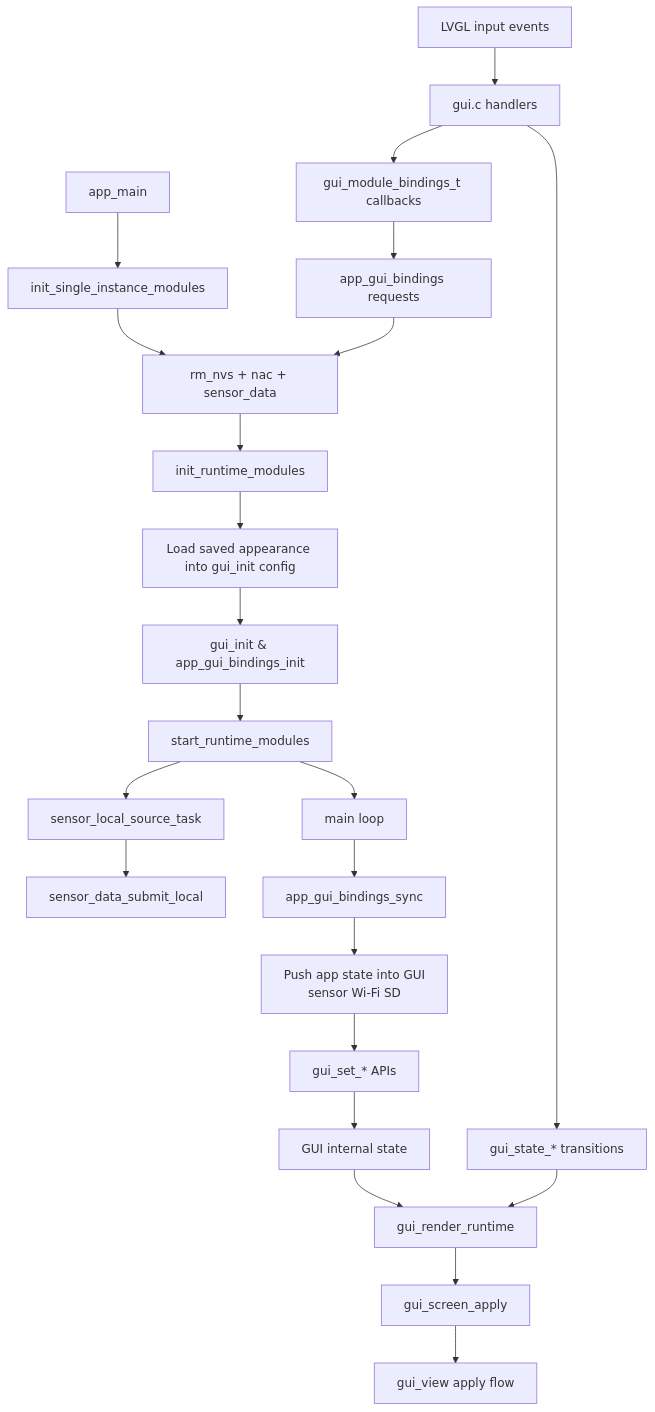
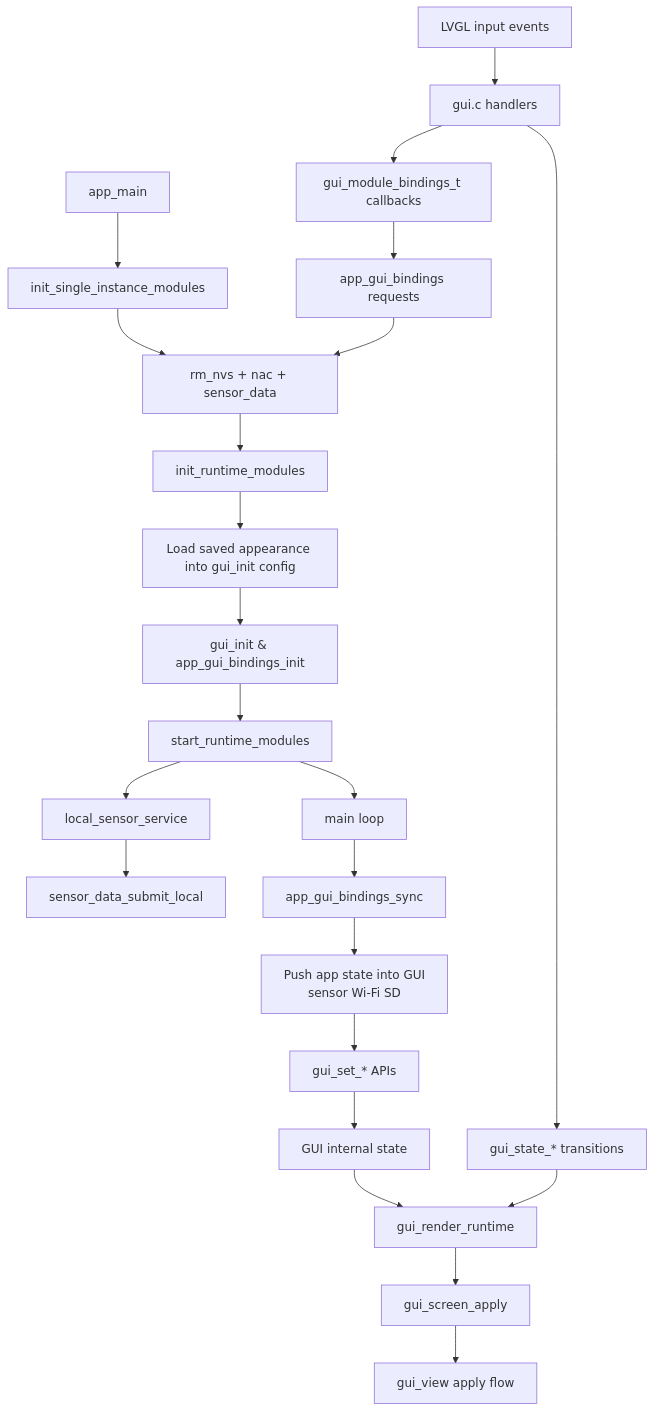
One commit to Under-Bordet-AB/redmole changed the second of 2 diagrams in components/gui/docs/gui_project_map.md. Above: the diagram before and after it, drawn with Mermaid. The commit also changed 36 other files, not shown here.

````diff
--- a/components/gui/docs/gui_project_map.md
+++ b/components/gui/docs/gui_project_map.md
@@ -68,27 +68,27 @@
 ```mermaid
 flowchart TD
     boot[app_main] --> init1[init_single_instance_modules]
     init1 --> services[rm_nvs + nac + sensor_data]
     services --> init2[init_runtime_modules]
     init2 --> preload[Load saved appearance into gui_init config]
     preload --> guiinit[gui_init & app_gui_bindings_init]
     guiinit --> start[start_runtime_modules]
-    start --> sensorTask[sensor_local_source_task]
+    start --> sensorTask[local_sensor_service]
     start --> loop[main loop]
 
     sensorTask --> sensorData[sensor_data_submit_local]
     loop --> sync[app_gui_bindings_sync]
     sync --> push[Push app state into GUI\nsensor Wi-Fi SD]
     push --> setters[gui_set_* APIs]
     setters --> state[GUI internal state]
     state --> render[gui_render_runtime]
     render --> screen[gui_screen_apply]
     screen --> view[gui_view apply flow]
 
     ui[LVGL input events] --> coordinator[gui.c handlers]
     coordinator --> transitions[gui_state_* transitions]
     transitions --> render
     coordinator --> callbacks[gui_module_bindings_t callbacks]
     callbacks --> bindingsActions[app_gui_bindings requests]
     bindingsActions --> services
 ```
````
